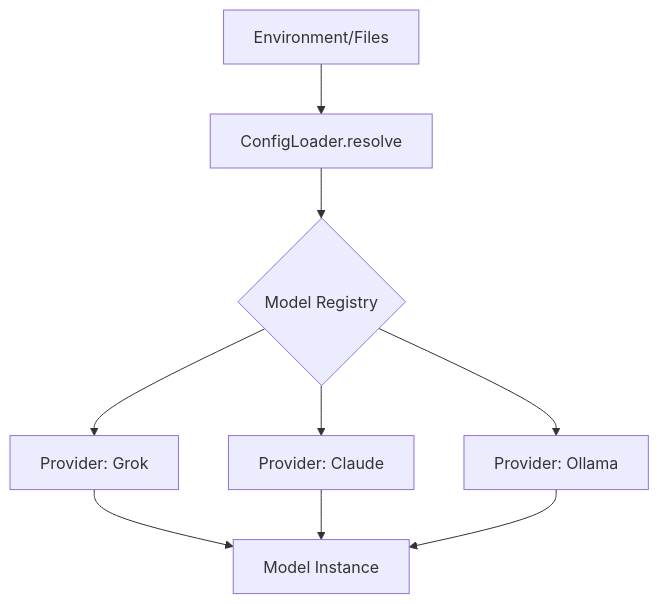
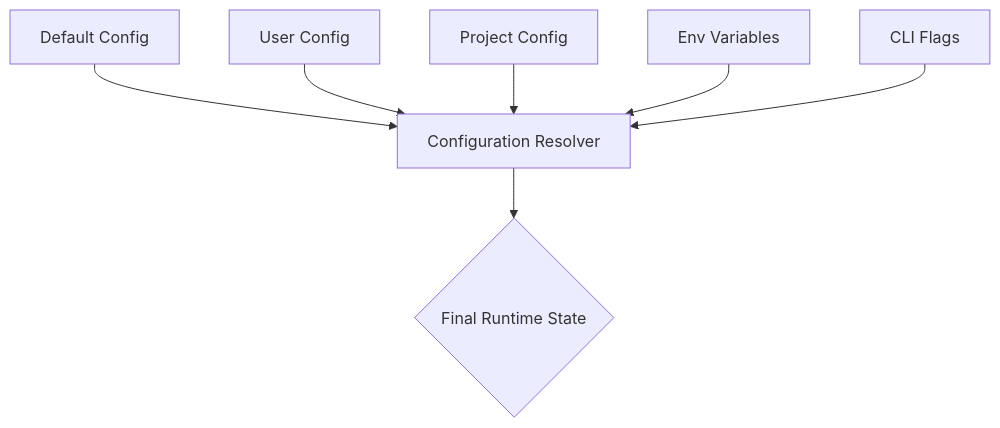
One commit to phuetz/code-buddy changed the diagram in .codebuddy/docs/8-configuration.md. Above: the diagram before and after it, drawn with Mermaid. The commit also changed other lines of this file and 15 other files, not shown here.

````diff
--- a/.codebuddy/docs/8-configuration.md
+++ b/.codebuddy/docs/8-configuration.md
@@ -59,11 +17,9 @@
 ```mermaid
 graph TD
-    A[Environment/Files] --> B[ConfigLoader.resolve]
-    B --> C{Model Registry}
-    C --> D[Provider: Grok]
-    C --> E[Provider: Claude]
-    C --> F[Provider: Ollama]
-    D --> G[Model Instance]
-    E --> G
-    F --> G
+    A[Default Config] --> F[Configuration Resolver]
+    B[User Config] --> F
+    C[Project Config] --> F
+    D[Env Variables] --> F
+    E[CLI Flags] --> F
+    F --> G{Final Runtime State}
 ```
````
